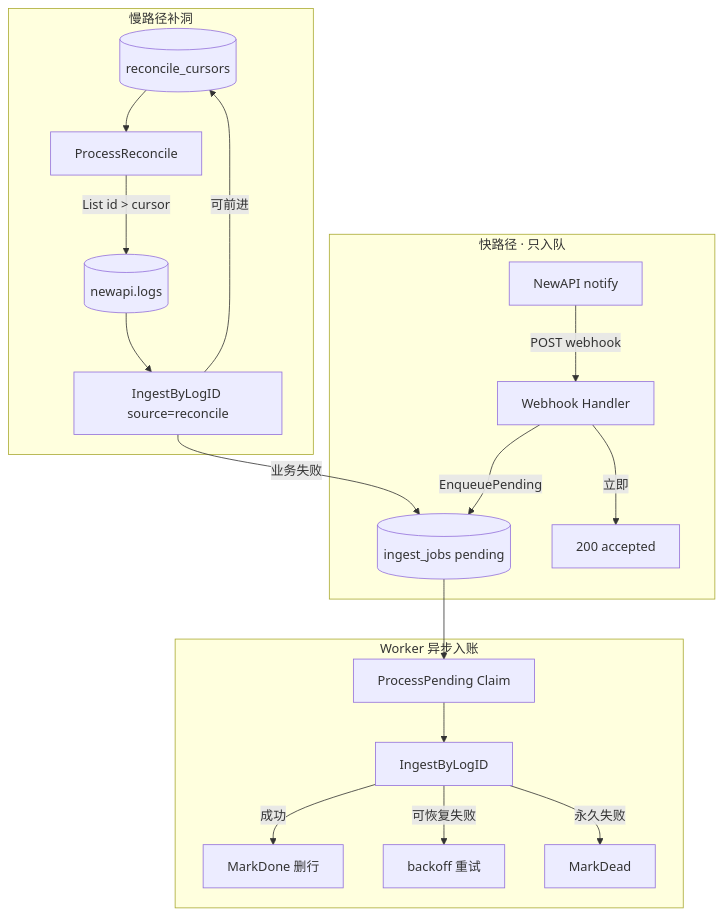
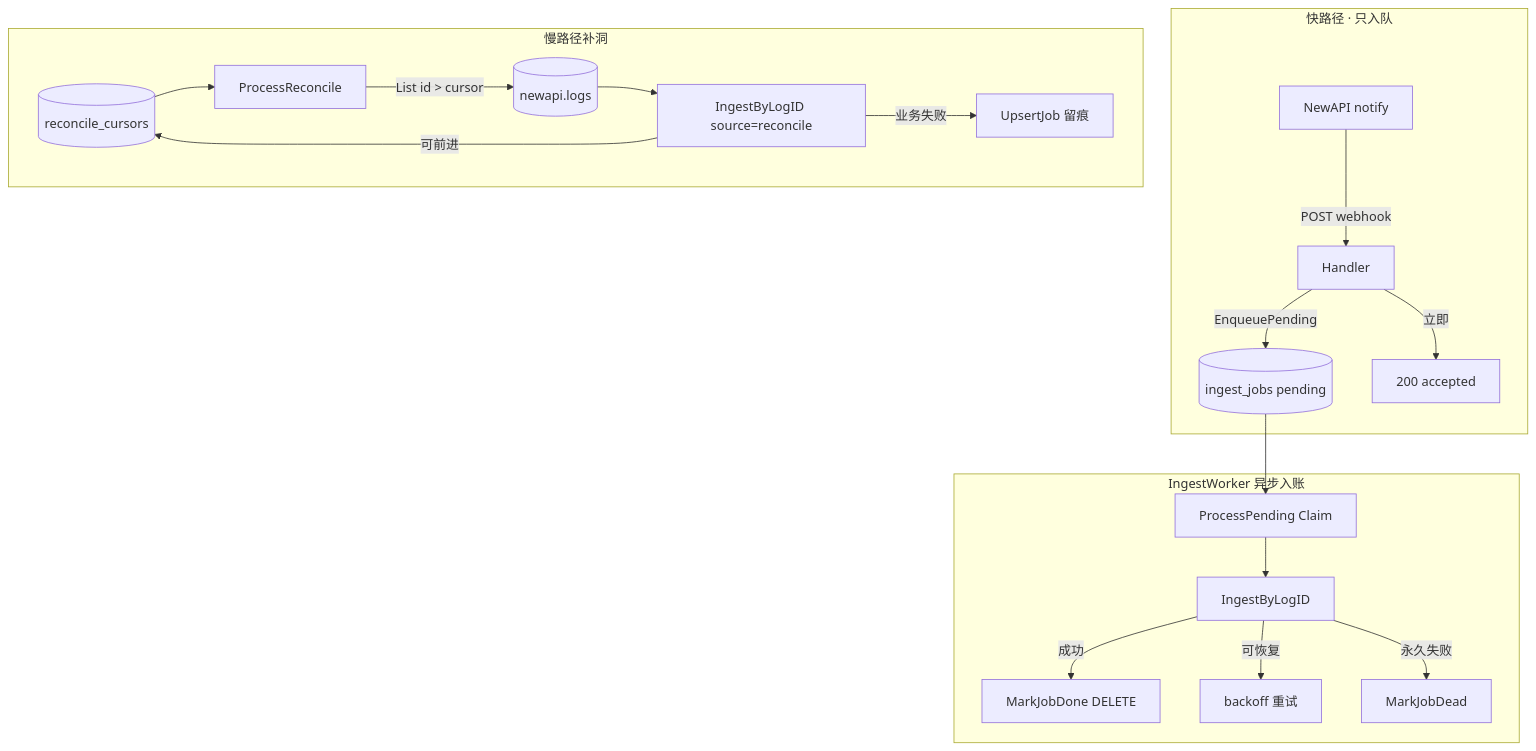
One commit to quyip8818/mytokenjoy changed the eighth of 9 diagrams in docs/Backend-Ingest架构.md. Above: the diagram before and after it, drawn with Mermaid. The commit also changed other lines of this file and 65 other files, not shown here.

````diff
--- a/docs/Backend-Ingest架构.md
+++ b/docs/Backend-Ingest架构.md
@@ -284,24 +376,24 @@
 ```mermaid
 flowchart TB
   subgraph fast [快路径 · 只入队]
-    N[NewAPI notify] -->|POST webhook| W[Webhook Handler]
+    N[NewAPI notify] -->|POST webhook| W[Handler]
     W -->|EnqueuePending| Q[(ingest_jobs pending)]
     W -->|立即| ACK[200 accepted]
   end
 
-  subgraph worker [Worker 异步入账]
+  subgraph worker [IngestWorker 异步入账]
     Q --> RW[ProcessPending Claim]
     RW --> I[IngestByLogID]
-    I -->|成功| Done[MarkDone 删行]
-    I -->|可恢复失败| Backoff[backoff 重试]
-    I -->|永久失败| Dead[MarkDead]
+    I -->|成功| Done[MarkJobDone DELETE]
+    I -->|可恢复| Backoff[backoff 重试]
+    I -->|永久失败| Dead[MarkJobDead]
   end
 
   subgraph slow [慢路径补洞]
     C[(reconcile_cursors)] --> RC[ProcessReconcile]
     RC -->|List id > cursor| L[(newapi.logs)]
     L --> I3[IngestByLogID source=reconcile]
     I3 -->|可前进| C
-    I3 -->|业务失败| Q
+    I3 -->|业务失败| Q2[UpsertJob 留痕]
   end
 ```
````
